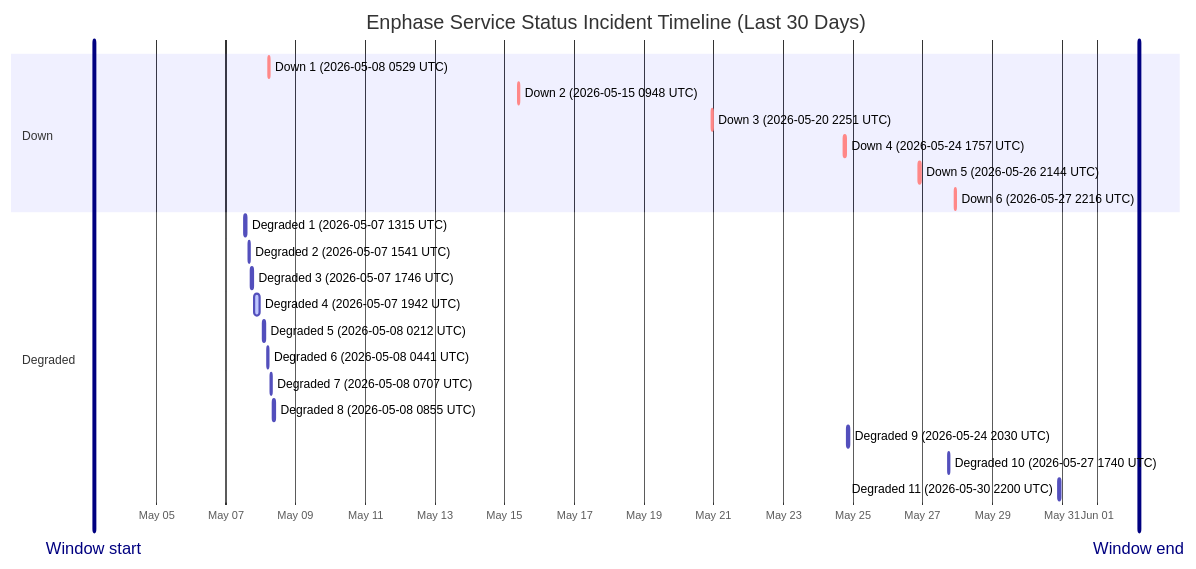
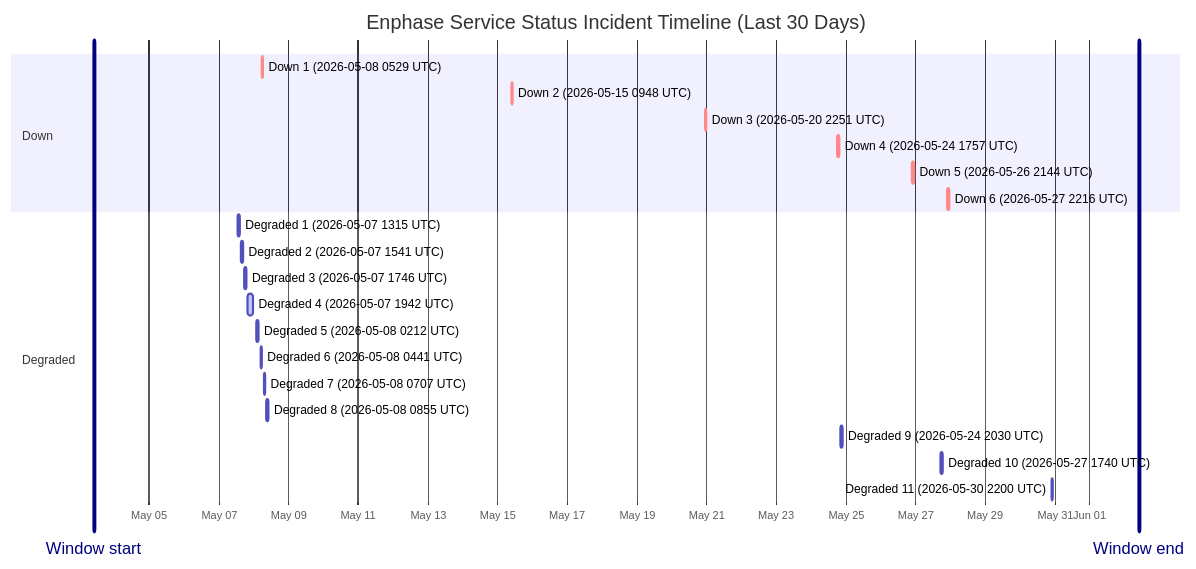
One commit to barneyonline/ha-enphase-energy changed the diagram in wiki/Service-Status-History.md. Above: the diagram before and after it, drawn with Mermaid. The commit also changed other lines of this file and 3 other files, not shown here.

````diff
--- a/wiki/Service-Status-History.md
+++ b/wiki/Service-Status-History.md
@@ -14,27 +14,27 @@
 ```mermaid
 gantt
     title Enphase Service Status Incident Timeline (Last 30 Days)
     dateFormat  YYYY-MM-DDTHH:mm:ss
     axisFormat  %b %d
-    Window start :vert, window-start, 2026-05-03T05:09:53, 0ms
-    Window end :vert, window-end, 2026-06-02T05:09:53, 0ms
+    Window start :vert, window-start, 2026-05-03T09:47:59, 0ms
+    Window end :vert, window-end, 2026-06-02T09:47:59, 0ms
     section Down
     Down 1 (2026-05-08 0529 UTC) :crit, down-1, 2026-05-08T05:29:47, 60m
     Down 2 (2026-05-15 0948 UTC) :crit, down-2, 2026-05-15T09:48:18, 60m
     Down 3 (2026-05-20 2251 UTC) :crit, down-3, 2026-05-20T22:51:14, 75m
     Down 4 (2026-05-24 1757 UTC) :crit, down-4, 2026-05-24T17:57:41, 86m
     Down 5 (2026-05-26 2144 UTC) :crit, down-5, 2026-05-26T21:44:11, 85m
     Down 6 (2026-05-27 2216 UTC) :crit, down-6, 2026-05-27T22:16:53, 87m
     section Degraded
     Degraded 1 (2026-05-07 1315 UTC) :active, degraded-1, 2026-05-07T13:15:25, 60m
     Degraded 2 (2026-05-07 1541 UTC) :active, degraded-2, 2026-05-07T15:41:58, 60m
     Degraded 3 (2026-05-07 1746 UTC) :active, degraded-3, 2026-05-07T17:46:51, 60m
     Degraded 4 (2026-05-07 1942 UTC) :active, degraded-4, 2026-05-07T19:42:10, 249m
     Degraded 5 (2026-05-08 0212 UTC) :active, degraded-5, 2026-05-08T02:12:39, 60m
     Degraded 6 (2026-05-08 0441 UTC) :active, degraded-6, 2026-05-08T04:41:46, 60m
     Degraded 7 (2026-05-08 0707 UTC) :active, degraded-7, 2026-05-08T07:07:30, 60m
     Degraded 8 (2026-05-08 0855 UTC) :active, degraded-8, 2026-05-08T08:55:20, 88m
     Degraded 9 (2026-05-24 2030 UTC) :active, degraded-9, 2026-05-24T20:30:57, 84m
     Degraded 10 (2026-05-27 1740 UTC) :active, degraded-10, 2026-05-27T17:40:52, 60m
     Degraded 11 (2026-05-30 2200 UTC) :active, degraded-11, 2026-05-30T22:00:37, 60m
 ```
````
